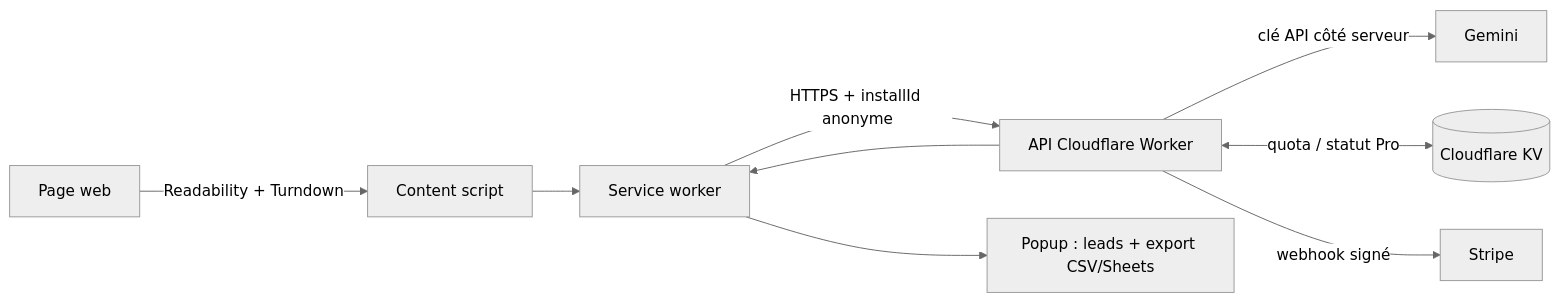
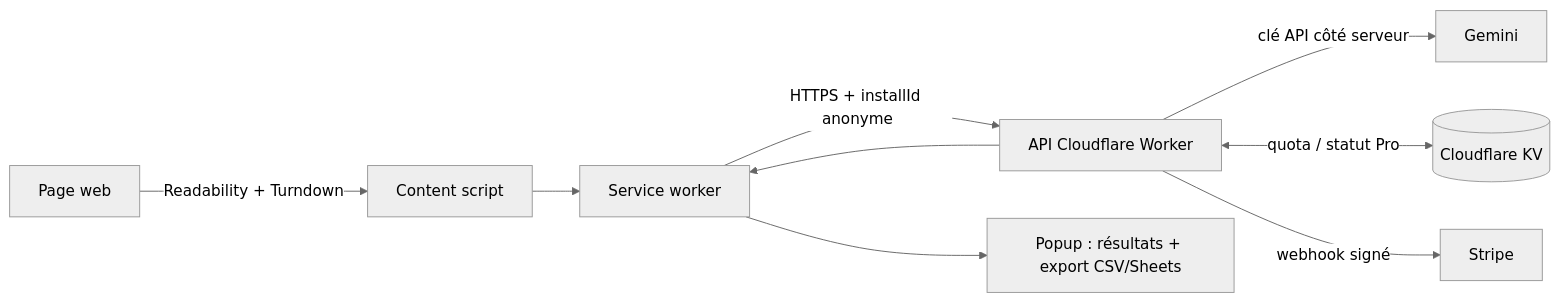
The diagram in README.md (esiomlink/ia-extractor), drawn with Mermaid (neutral theme) before and after one commit. The commit also changed other lines of this file, not shown here.

First line of the commit message:
Retire le positionnement CRM et leads du README.

````diff
--- a/README.md
+++ b/README.md
@@ -38,11 +38,11 @@
 ```mermaid
 flowchart LR
     A[Page web] -->|Readability + Turndown| B[Content script]
     B --> C[Service worker]
     C -->|HTTPS + installId anonyme| D[API Cloudflare Worker]
     D -->|clé API côté serveur| E[Gemini]
     D <-->|quota / statut Pro| F[(Cloudflare KV)]
     D -->|webhook signé| G[Stripe]
     D --> C
-    C --> H[Popup : leads + export CSV/Sheets]
+    C --> H[Popup : résultats + export CSV/Sheets]
 ```
````
